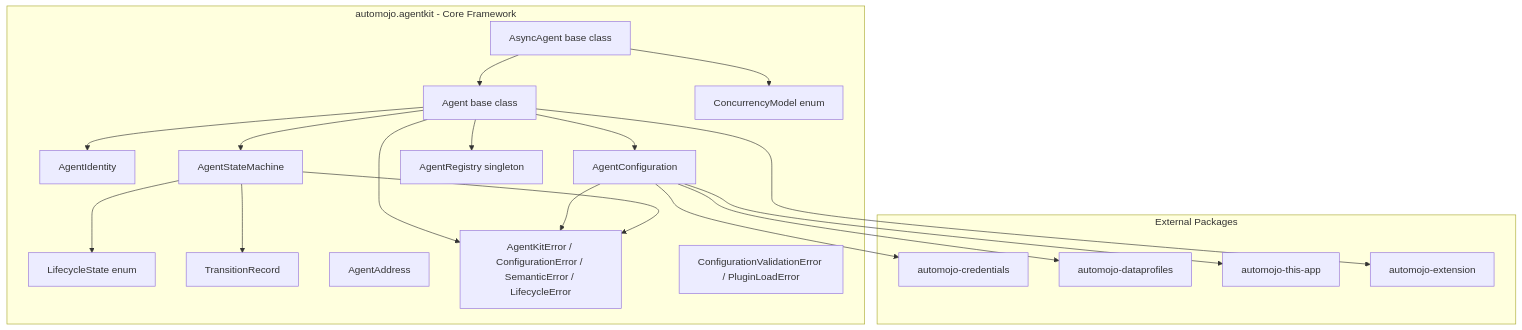
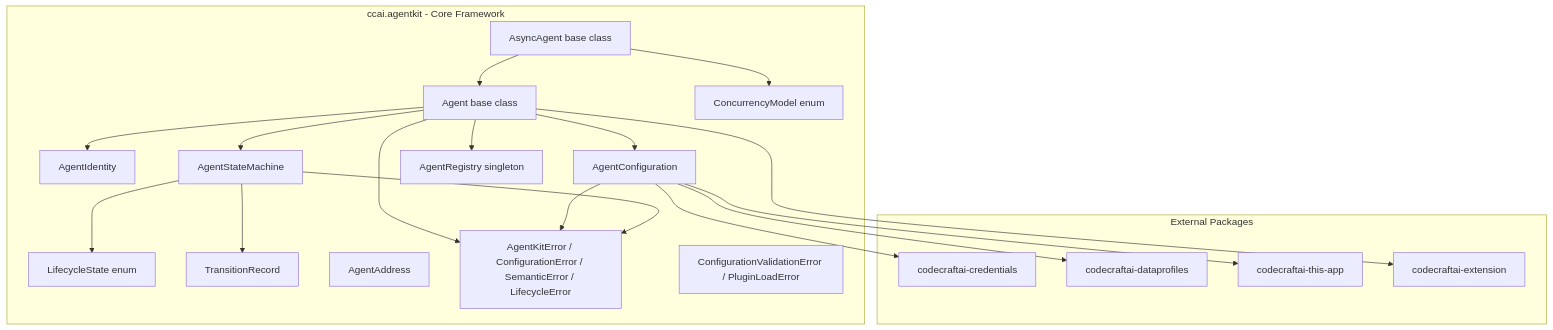
One commit to code-craft-ai-company/codecraftai-agent-kit changed the first of 4 diagrams in specs/core-agent-framework/design.md. Above: the diagram before and after it, drawn with Mermaid. The commit also changed other lines of this file and 1083 other files, not shown here.

Commit message:
rebrand: Automation Mojo -> Code Craft AI (automojo->ccai namespace)

````diff
--- a/specs/core-agent-framework/design.md
+++ b/specs/core-agent-framework/design.md
@@ -19,40 +19,40 @@
 ```mermaid
 graph TD
-    subgraph automojo.agentkit - Core Framework
+    subgraph ccai.agentkit - Core Framework
         Agent[Agent base class]
         AgentIdentity[AgentIdentity]
         AgentConfiguration[AgentConfiguration]
         AgentStateMachine[AgentStateMachine]
         LifecycleState[LifecycleState enum]
         TransitionRecord[TransitionRecord]
         AgentRegistry[AgentRegistry singleton]
         AgentAddress[AgentAddress]
         ConcurrencyModel[ConcurrencyModel enum]
         AsyncAgent[AsyncAgent base class]
         Errors[AgentKitError / ConfigurationError / SemanticError / LifecycleError]
         ConfigErrors[ConfigurationValidationError / PluginLoadError]
     end
 
     subgraph External Packages
-        Credentials[automojo-credentials]
-        DataProfiles[automojo-dataprofiles]
-        ThisApp[automojo-this-app]
-        Extension[automojo-extension]
+        Credentials[codecraftai-credentials]
+        DataProfiles[codecraftai-dataprofiles]
+        ThisApp[codecraftai-this-app]
+        Extension[codecraftai-extension]
     end
 
     Agent --> AgentIdentity
     Agent --> AgentConfiguration
     Agent --> AgentStateMachine
     Agent --> AgentRegistry
     AgentStateMachine --> LifecycleState
     AgentStateMachine --> TransitionRecord
     AsyncAgent --> Agent
     AsyncAgent --> ConcurrencyModel
     AgentConfiguration --> Credentials
     AgentConfiguration --> DataProfiles
     AgentConfiguration --> ThisApp
     Agent --> Extension
     Agent --> Errors
     AgentConfiguration --> Errors
     AgentStateMachine --> Errors
 ```
````
